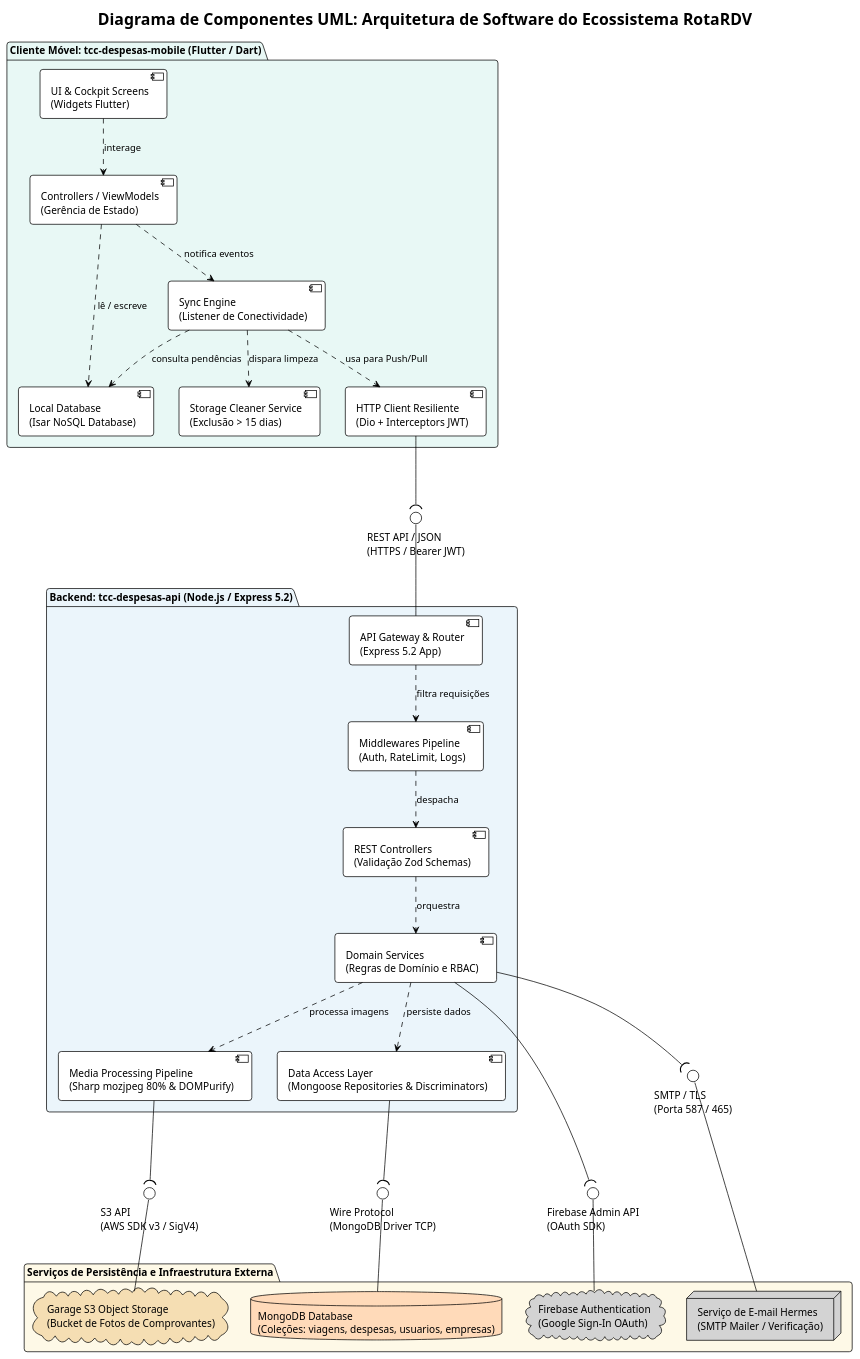
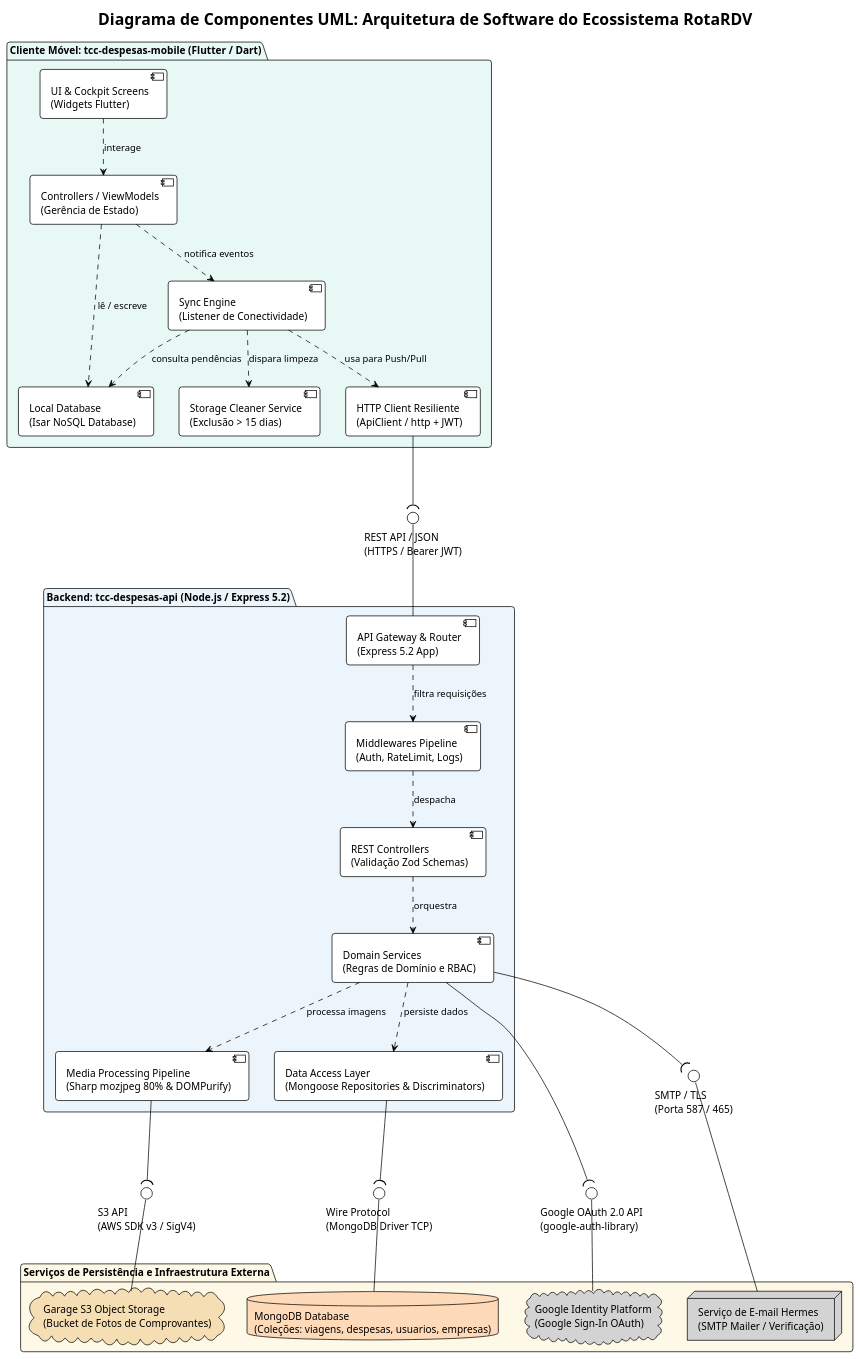
The diagram in documentacao/diagramas/componentes/diagrama_componentes.puml (Luisdevux/RotaRDV-API), drawn with PlantUML before and after one commit. The commit also changed 19 other files, not shown here.

Commit message:
docs(Diagrmas): Corrige alguns pontos nos diagramas para refletir corretamente a implementação

```diff
--- a/documentacao/diagramas/componentes/diagrama_componentes.puml
+++ b/documentacao/diagramas/componentes/diagrama_componentes.puml
@@ -1,70 +1,70 @@
 @startuml
 !theme plain
 skinparam componentStyle uml2
 skinparam defaultFontName Arial
 skinparam roundCorner 8
 skinparam shadowing false
 
 title **Diagrama de Componentes UML: Arquitetura de Software do Ecossistema RotaRDV**
 
 package "Cliente Móvel: tcc-despesas-mobile (Flutter / Dart)" #E8F8F5 {
   [UI & Cockpit Screens\n(Widgets Flutter)] as Comp_UI
   [Controllers / ViewModels\n(Gerência de Estado)] as Comp_VM
   [Sync Engine\n(Listener de Conectividade)] as Comp_Sync
   [Storage Cleaner Service\n(Exclusão > 15 dias)] as Comp_Cleaner
   [Local Database\n(Isar NoSQL Database)] as Comp_Isar
-  [HTTP Client Resiliente\n(Dio + Interceptors JWT)] as Comp_Dio
+  [HTTP Client Resiliente\n(ApiClient / http + JWT)] as Comp_HttpClient
 
   Comp_UI ..> Comp_VM : interage
   Comp_VM ..> Comp_Isar : lê / escreve
   Comp_VM ..> Comp_Sync : notifica eventos
   Comp_Sync ..> Comp_Isar : consulta pendências
   Comp_Sync ..> Comp_Cleaner : dispara limpeza
-  Comp_Sync ..> Comp_Dio : usa para Push/Pull
+  Comp_Sync ..> Comp_HttpClient : usa para Push/Pull
 }
 
 package "Backend: tcc-despesas-api (Node.js / Express 5.2)" #EBF5FB {
   [API Gateway & Router\n(Express 5.2 App)] as Comp_Router
   [Middlewares Pipeline\n(Auth, RateLimit, Logs)] as Comp_Middlewares
   [REST Controllers\n(Validação Zod Schemas)] as Comp_Controllers
   [Domain Services\n(Regras de Domínio e RBAC)] as Comp_Services
   [Media Processing Pipeline\n(Sharp mozjpeg 80% & DOMPurify)] as Comp_Sharp
   [Data Access Layer\n(Mongoose Repositories & Discriminators)] as Comp_Repo
 
   Comp_Router ..> Comp_Middlewares : filtra requisições
   Comp_Middlewares ..> Comp_Controllers : despacha
   Comp_Controllers ..> Comp_Services : orquestra
   Comp_Services ..> Comp_Sharp : processa imagens
   Comp_Services ..> Comp_Repo : persiste dados
 }
 
 package "Serviços de Persistência e Infraestrutura Externa" #FEF9E7 {
   database "MongoDB Database\n(Coleções: viagens, despesas, usuarios, empresas)" as Comp_Mongo #PeachPuff
   cloud "Garage S3 Object Storage\n(Bucket de Fotos de Comprovantes)" as Comp_GarageS3 #Wheat
-  cloud "Firebase Authentication\n(Google Sign-In OAuth)" as Comp_Firebase #LightGray
+  cloud "Google Identity Platform\n(Google Sign-In OAuth)" as Comp_GoogleAuth #LightGray
   node "Serviço de E-mail Hermes\n(SMTP Mailer / Verificação)" as Comp_SMTP #LightGray
 }
 
 ' Interfaces e Protocolos
 interface "REST API / JSON\n(HTTPS / Bearer JWT)" as Inter_REST
 interface "S3 API\n(AWS SDK v3 / SigV4)" as Inter_S3
 interface "Wire Protocol\n(MongoDB Driver TCP)" as Inter_Mongo
-interface "Firebase Admin API\n(OAuth SDK)" as Inter_Firebase
+interface "Google OAuth 2.0 API\n(google-auth-library)" as Inter_GoogleAuth
 interface "SMTP / TLS\n(Porta 587 / 465)" as Inter_SMTP
 
-Comp_Dio --( Inter_REST
+Comp_HttpClient --( Inter_REST
 Inter_REST -- Comp_Router
 
 Comp_Repo --( Inter_Mongo
 Inter_Mongo -- Comp_Mongo
 
 Comp_Sharp --( Inter_S3
 Inter_S3 -- Comp_GarageS3
 
-Comp_Services --( Inter_Firebase
-Inter_Firebase -- Comp_Firebase
+Comp_Services --( Inter_GoogleAuth
+Inter_GoogleAuth -- Comp_GoogleAuth
 
 Comp_Services --( Inter_SMTP
 Inter_SMTP -- Comp_SMTP
 
 @enduml
```
